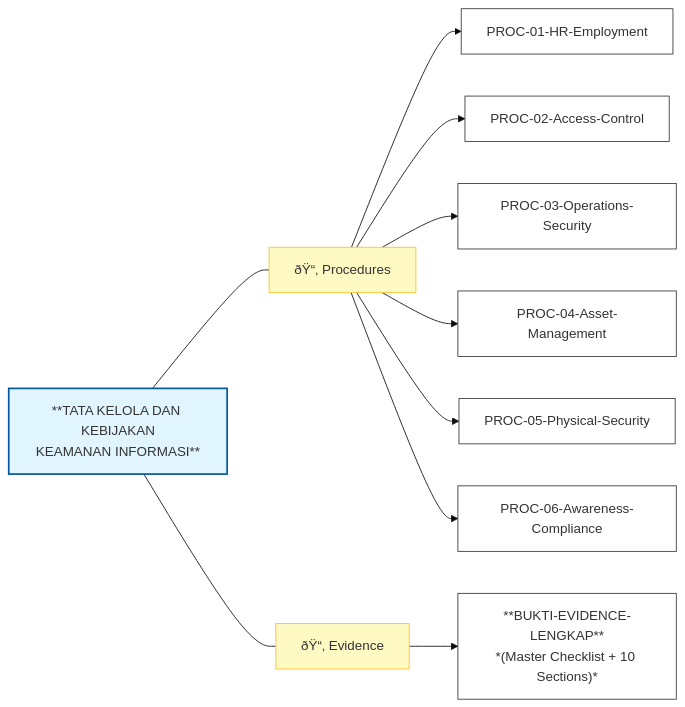
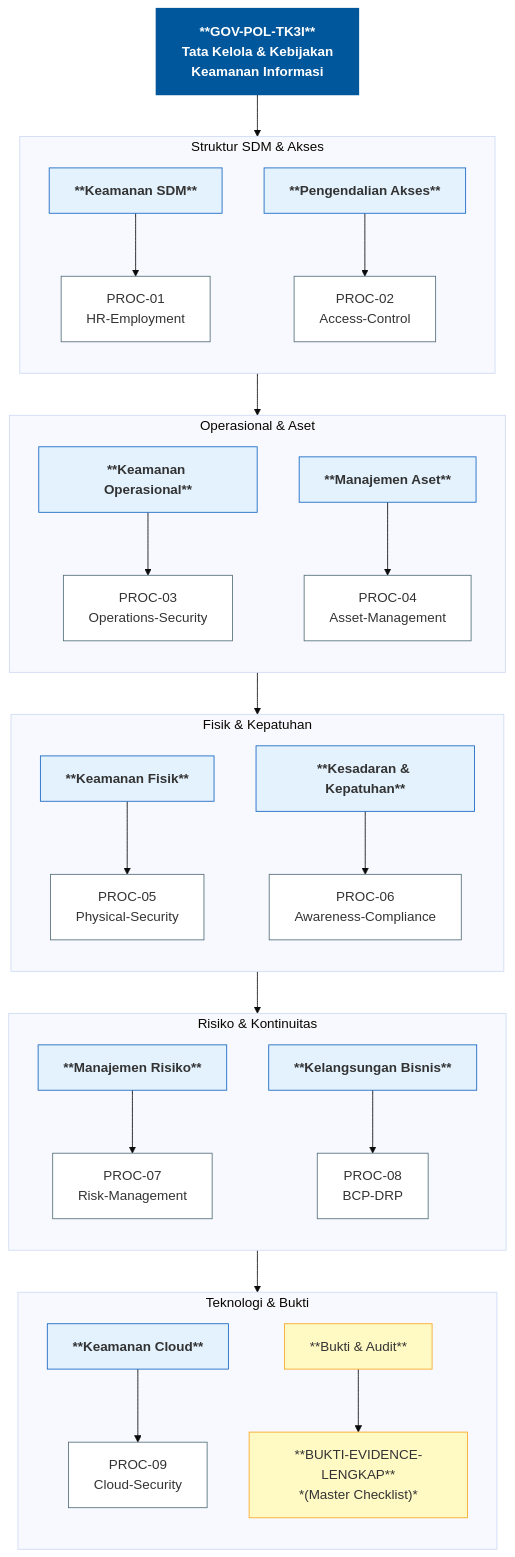
Before and after one commit to herifauzan/iso27001-smki-docs: the fifth of 5 diagrams in GOV-POL-TK3I.md, drawn with Mermaid (base theme). The commit also changed other lines of this file and 10 other files, not shown here.

Commit message:
update terakhir dengan tatabahasa dan penambahan dokumen

````diff
--- a/GOV-POL-TK3I.md
+++ b/GOV-POL-TK3I.md
@@ -2309,42 +2309,58 @@
 ```mermaid
-graph LR
-    %% Main Document
-    Main["**TATA KELOLA DAN KEBIJAKAN<br/>KEAMANAN INFORMASI**"]
+graph TD
+    %% Level 1: Dokumen Induk
+    Main["**GOV-POL-TK3I**<br/>Tata Kelola & Kebijakan<br/>Keamanan Informasi"]
 
-    %% Folders
-    Sub1["ðŸ“‚ Procedures"]
-    Sub2["ðŸ“‚ Evidence"]
+    %% Jalur 1: SDM & Akses
+    subgraph Jalur_A [Struktur SDM & Akses]
+        direction TB
+        GrpHR["**Keamanan SDM**"] --> P1["PROC-01<br/>HR-Employment"]
+        GrpAccess["**Pengendalian Akses**"] --> P2["PROC-02<br/>Access-Control"]
+    end
 
-    %% Procedures Files
-    P1["PROC-01-HR-Employment"]
-    P2["PROC-02-Access-Control"]
-    P3["PROC-03-Operations-Security"]
-    P4["PROC-04-Asset-Management"]
-    P5["PROC-05-Physical-Security"]
-    P6["PROC-06-Awareness-Compliance"]
+    %% Jalur 2: Ops & Asset
+    subgraph Jalur_B [Operasional & Aset]
+        direction TB
+        GrpOps["**Keamanan Operasional**"] --> P3["PROC-03<br/>Operations-Security"]
+        GrpAsset["**Manajemen Aset**"] --> P4["PROC-04<br/>Asset-Management"]
+    end
 
-    %% Evidence Files
-    E1["**BUKTI-EVIDENCE-LENGKAP**<br/>*(Master Checklist + 10 Sections)*"]
+    %% Jalur 3: Fisik & Kepatuhan
+    subgraph Jalur_C [Fisik & Kepatuhan]
+        direction TB
+        GrpPhys["**Keamanan Fisik**"] --> P5["PROC-05<br/>Physical-Security"]
+        GrpAware["**Kesadaran & Kepatuhan**"] --> P6["PROC-06<br/>Awareness-Compliance"]
+    end
 
-    %% Connections
-    Main --- Sub1
-    Main --- Sub2
+    %% Jalur 4: Risiko & BCP
+    subgraph Jalur_D [Risiko & Kontinuitas]
+        direction TB
+        GrpRisk["**Manajemen Risiko**"] --> P7["PROC-07<br/>Risk-Management"]
+        GrpBCP["**Kelangsungan Bisnis**"] --> P8["PROC-08<br/>BCP-DRP"]
+    end
 
-    Sub1 --> P1
-    Sub1 --> P2
-    Sub1 --> P3
-    Sub1 --> P4
-    Sub1 --> P5
-    Sub1 --> P6
+    %% Jalur 5: Cloud & Evidence
+    subgraph Jalur_E [Teknologi & Bukti]
+        direction TB
+        GrpCloud["**Keamanan Cloud**"] --> P9["PROC-09<br/>Cloud-Security"]
+        GrpEvidence["**Bukti & Audit**"] --> E1["**BUKTI-EVIDENCE-LENGKAP**<br/>*(Master Checklist)*"]
+    end
 
-    Sub2 --> E1
+    %% Koneksi Utama Menurun
+    Main --> Jalur_A
+    Jalur_A --> Jalur_B
+    Jalur_B --> Jalur_C
+    Jalur_C --> Jalur_D
+    Jalur_D --> Jalur_E
 
     %% Styling
-    classDef main fill:#e1f5fe,stroke:#01579b,stroke-width:2px;
-    classDef folder fill:#fff9c4,stroke:#fbc02d,stroke-width:1px;
-    classDef file fill:#ffffff,stroke:#333,stroke-dasharray: 0;
-    
+    classDef main fill:#01579b,color:#fff,stroke:#01579b,stroke-width:2px,font-weight:bold;
+    classDef group fill:#e3f2fd,stroke:#1565c0,stroke-width:1px,font-weight:bold;
+    classDef proc fill:#ffffff,stroke:#546e7a,stroke-width:1px;
+    classDef evidence fill:#fff9c4,stroke:#f9a825,stroke-width:1px;
+
     class Main main;
-    class Sub1,Sub2 folder;
-    class P1,P2,P3,P4,P5,P6,E1 file;
+    class GrpHR,GrpAccess,GrpOps,GrpAsset,GrpPhys,GrpAware,GrpRisk,GrpBCP,GrpCloud group;
+    class GrpEvidence,E1 evidence;
+    class P1,P2,P3,P4,P5,P6,P7,P8,P9 proc;
 ```
````
